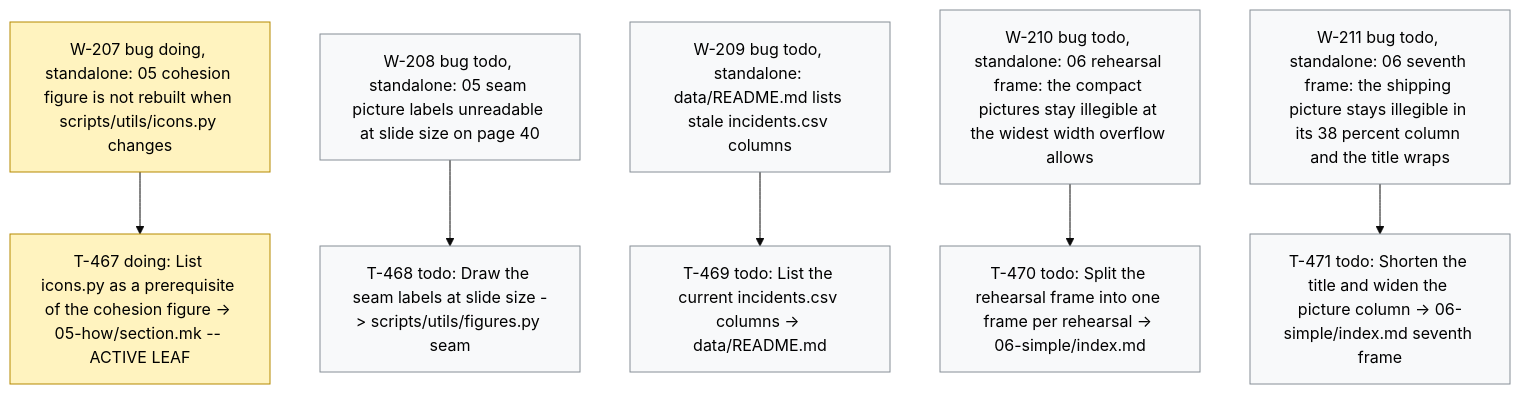
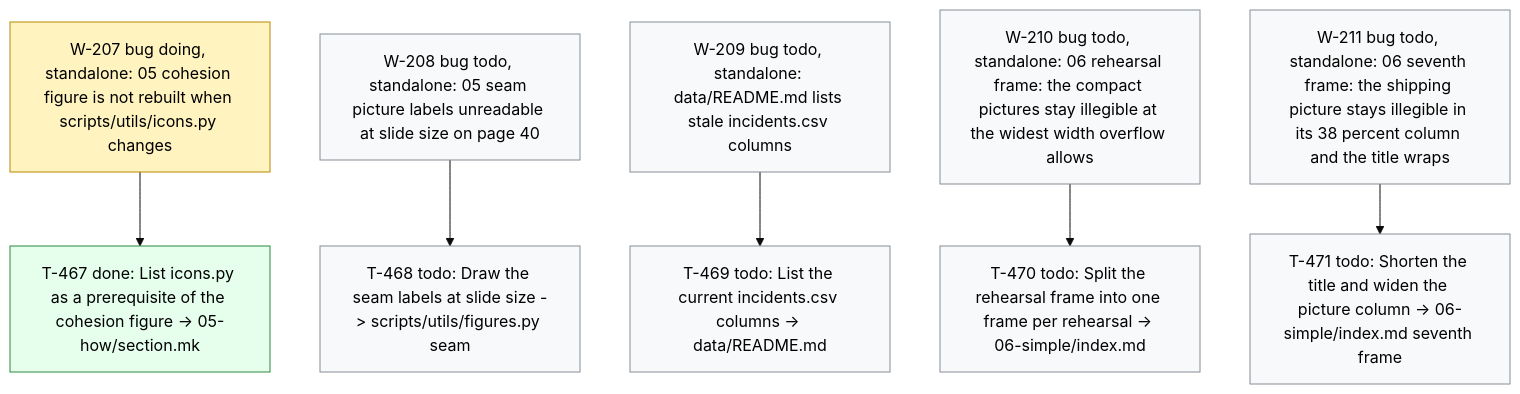
Before and after one commit to dpopchev/chaos-to-simple: the diagram in .board/BOARD.md, drawn with Mermaid (base theme). The commit also changed other lines of this file and 1 other file, not shown here.

Commit message:
chore(board): close T-467 -- W-207 ready to land
Refs: W-207 T-467

````diff
--- a/.board/BOARD.md
+++ b/.board/BOARD.md
@@ -1224,20 +1224,21 @@
 ```mermaid
 flowchart TD
   W207["W-207 bug doing, standalone: 05 cohesion figure is not rebuilt when scripts/utils/icons.py changes"]
-  W207 --> T467["T-467 doing: List icons.py as a prerequisite of the cohesion figure -> 05-how/section.mk -- ACTIVE LEAF"]
+  W207 --> T467["T-467 done: List icons.py as a prerequisite of the cohesion figure -> 05-how/section.mk"]
   W208["W-208 bug todo, standalone: 05 seam picture labels unreadable at slide size on page 40"]
   W208 --> T468["T-468 todo: Draw the seam labels at slide size -> scripts/utils/figures.py seam"]
   W209["W-209 bug todo, standalone: data/README.md lists stale incidents.csv columns"]
   W209 --> T469["T-469 todo: List the current incidents.csv columns -> data/README.md"]
   W210["W-210 bug todo, standalone: 06 rehearsal frame: the compact pictures stay illegible at the widest width overflow allows"]
   W210 --> T470["T-470 todo: Split the rehearsal frame into one frame per rehearsal -> 06-simple/index.md"]
   W211["W-211 bug todo, standalone: 06 seventh frame: the shipping picture stays illegible in its 38 percent column and the title wraps"]
   W211 --> T471["T-471 todo: Shorten the title and widen the picture column -> 06-simple/index.md seventh frame"]
   classDef doing fill:#fff3bf,stroke:#b58900,color:#000;
   classDef blocked fill:#ffe3e3,stroke:#c92a2a,color:#000;
   classDef done fill:#e6ffed,stroke:#2b8a3e,color:#000;
   classDef todo fill:#f8f9fa,stroke:#868e96,color:#000;
   classDef pruned fill:#f1f3f5,stroke:#adb5bd,color:#000;
-  class W207,T467 doing
+  class W207 doing
+  class T467 done
   class W208,T468,W209,T469,W210,T470,W211,T471 todo
 ```
````
